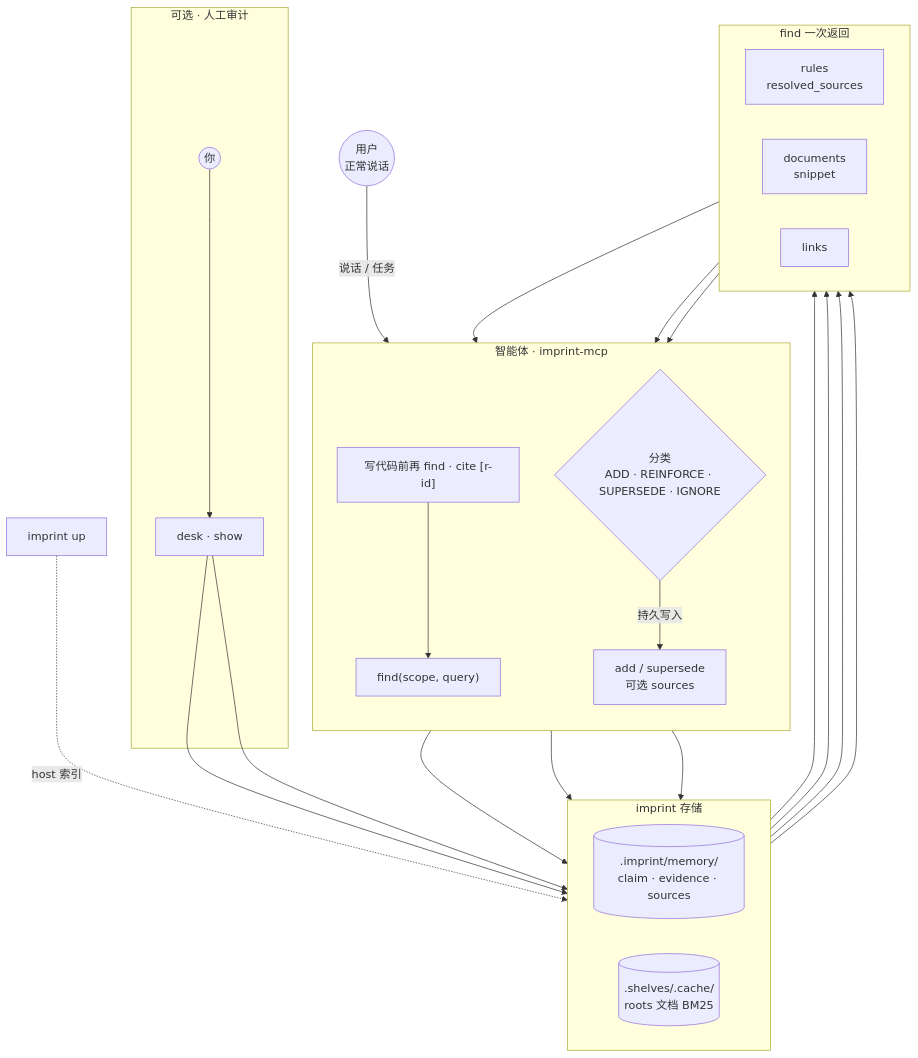
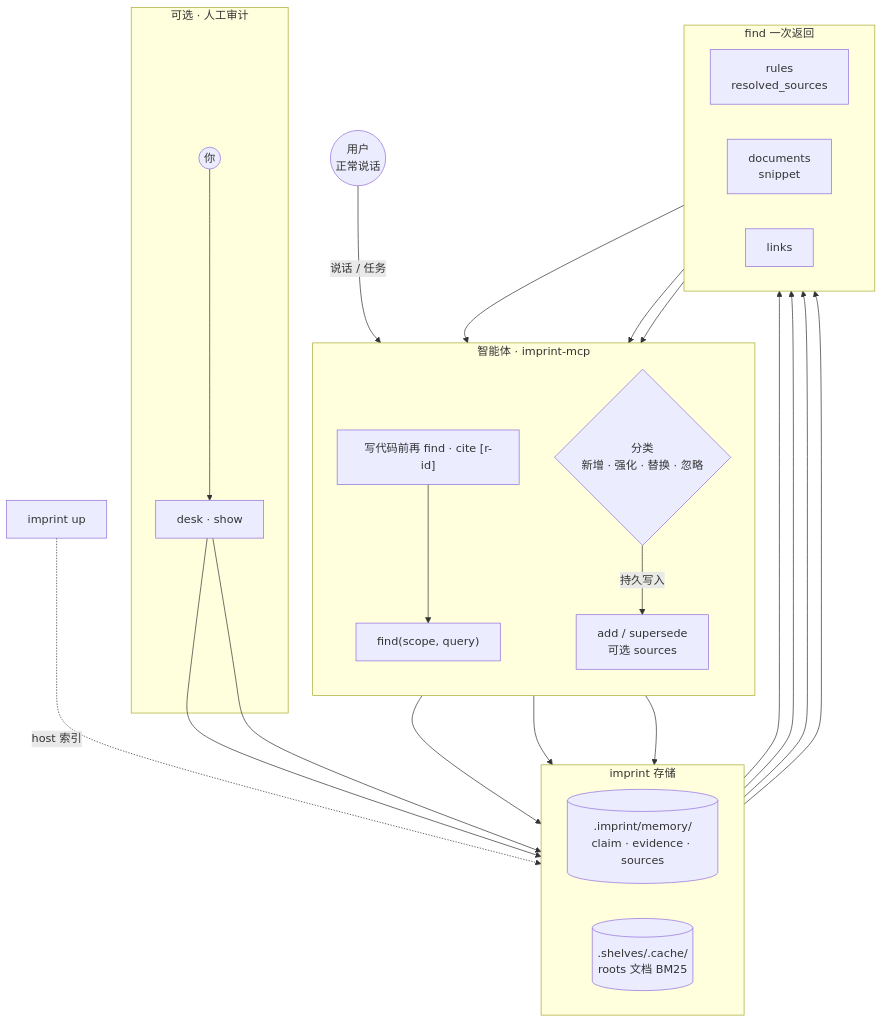
Before and after one commit to SteamedBread2333/imprint: the first of 2 diagrams in README.zh.md, drawn with Mermaid. The commit also changed other lines of this file and 6 other files, not shown here.

````diff
--- a/README.zh.md
+++ b/README.zh.md
@@ -47,45 +48,45 @@
 ```mermaid
 flowchart TB
   U((用户<br/>正常说话))
 
   subgraph Agent["智能体 · imprint-mcp"]
     direction TB
     F["find(scope, query)"]
-    C{"分类<br/>ADD · REINFORCE · SUPERSEDE · IGNORE"}
+    C{"分类<br/>新增 · 强化 · 替换 · 忽略"}
     W["add / supersede<br/>可选 sources"]
     R["写代码前再 find · cite [r-id]"]
   end
 
   subgraph Store["imprint 存储"]
     direction LR
     Vault[(".imprint/memory/<br/>claim · evidence · sources")]
     Shelves[(".shelves/.cache/<br/>roots 文档 BM25")]
   end
 
   subgraph FindOut["find 一次返回"]
     direction LR
     FR["rules<br/>resolved_sources"]
     FD["documents<br/>snippet"]
     FL["links"]
   end
 
   subgraph Audit["可选 · 人工审计"]
     H((你)) --> Desk["desk · show"]
   end
 
   UP["imprint up"] -.->|host 索引| Shelves
 
   U -->|说话 / 任务| Agent
   F --> Vault
   F --> Shelves
   Vault --> FR
   Shelves --> FD
   Vault --> FL
   Shelves --> FL
   FR & FD & FL --> C
   C -->|持久写入| W
   W --> Vault
   R --> F
   Desk --> Vault
   Desk --> Shelves
 ```
````
